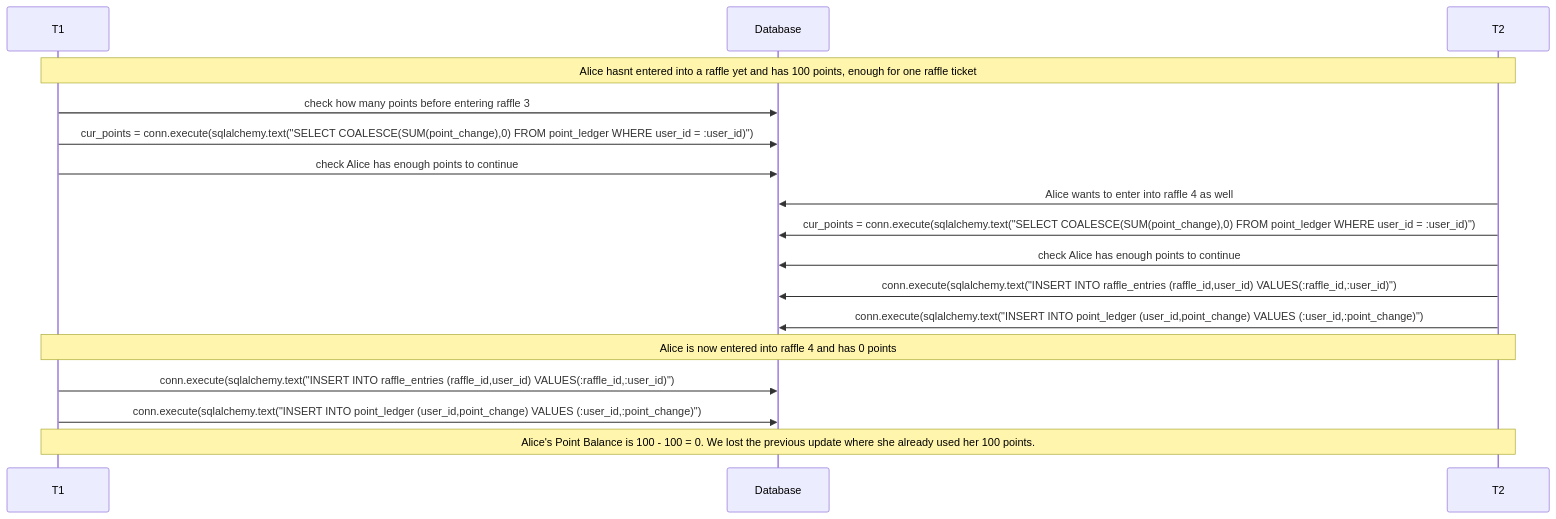
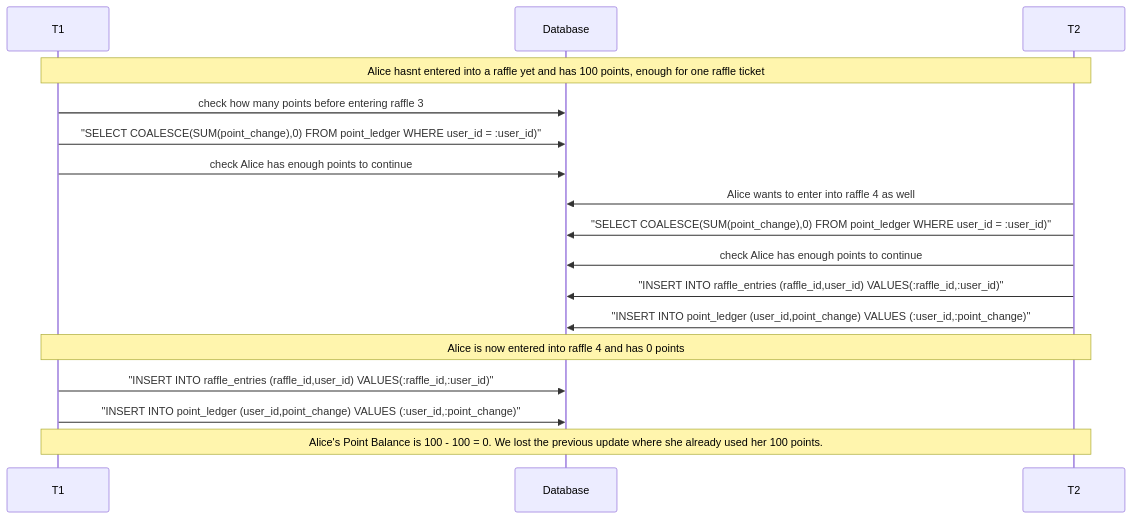
The first of 3 diagrams in concurrency.md (loganjsch/solemate), drawn with Mermaid before and after one commit. The commit also changed other lines of this file, not shown here.

````diff
--- a/concurrency.md
+++ b/concurrency.md
@@ -3,19 +3,19 @@
 ```mermaid
 sequenceDiagram
      participant T1
     participant Database
     participant T2
     Note over T1, T2: Alice hasnt entered into a raffle yet and has 100 points, enough for one raffle ticket
     T1->>Database: check how many points before entering raffle 3
-    T1->>Database: cur_points = conn.execute(sqlalchemy.text("SELECT COALESCE(SUM(point_change),0) FROM point_ledger WHERE user_id = :user_id)");
+    T1->>Database: "SELECT COALESCE(SUM(point_change),0) FROM point_ledger WHERE user_id = :user_id)"
     T1->>Database: check Alice has enough points to continue
     T2->>Database: Alice wants to enter into raffle 4 as well
-    T2->>Database: cur_points = conn.execute(sqlalchemy.text("SELECT COALESCE(SUM(point_change),0) FROM point_ledger WHERE user_id = :user_id)");
+    T2->>Database: "SELECT COALESCE(SUM(point_change),0) FROM point_ledger WHERE user_id = :user_id)"
     T2->>Database: check Alice has enough points to continue
-    T2->>Database: conn.execute(sqlalchemy.text("INSERT INTO raffle_entries (raffle_id,user_id) VALUES(:raffle_id,:user_id)");
-    T2->>Database: conn.execute(sqlalchemy.text("INSERT INTO point_ledger (user_id,point_change) VALUES (:user_id,:point_change)");
+    T2->>Database: "INSERT INTO raffle_entries (raffle_id,user_id) VALUES(:raffle_id,:user_id)"
+    T2->>Database: "INSERT INTO point_ledger (user_id,point_change) VALUES (:user_id,:point_change)"
     Note over T1, T2: Alice is now entered into raffle 4 and has 0 points
-    T1->>Database: conn.execute(sqlalchemy.text("INSERT INTO raffle_entries (raffle_id,user_id) VALUES(:raffle_id,:user_id)");
-    T1->>Database: conn.execute(sqlalchemy.text("INSERT INTO point_ledger (user_id,point_change) VALUES (:user_id,:point_change)");
+    T1->>Database: "INSERT INTO raffle_entries (raffle_id,user_id) VALUES(:raffle_id,:user_id)"
+    T1->>Database: "INSERT INTO point_ledger (user_id,point_change) VALUES (:user_id,:point_change)"
     Note over T1, T2: Alice's Point Balance is 100 - 100 = 0. We lost the previous update where she already used her 100 points.
 ```
````
